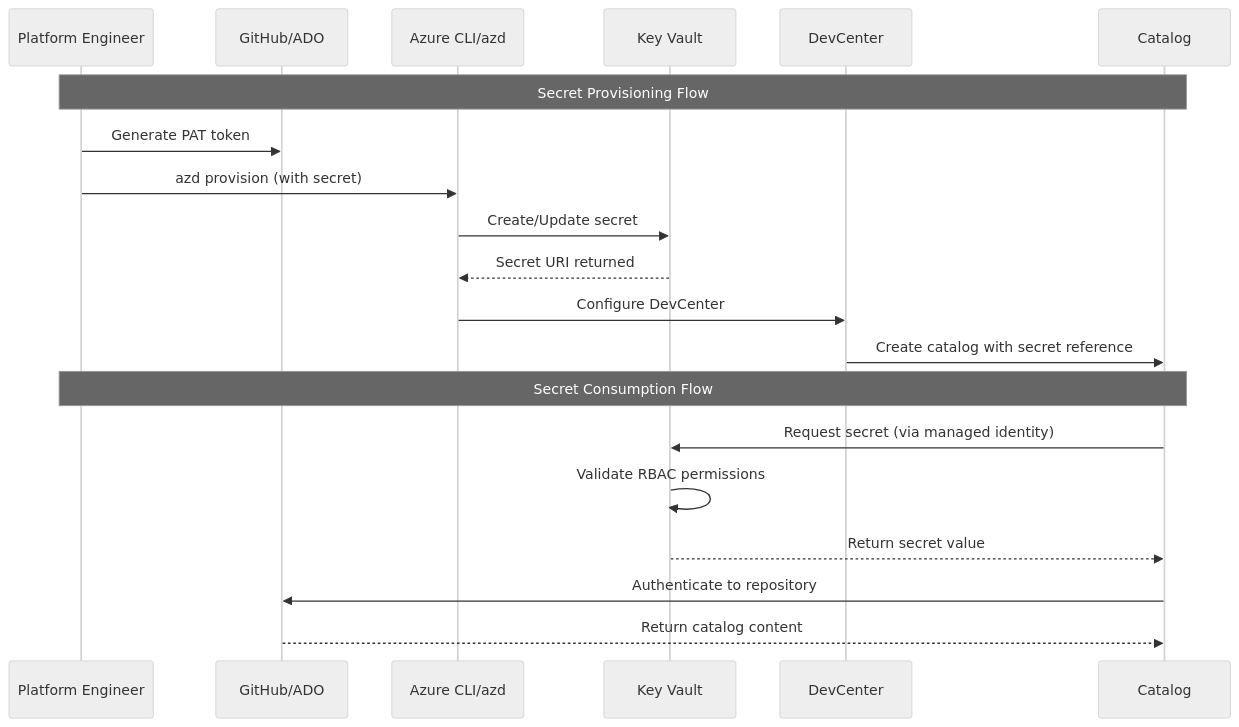
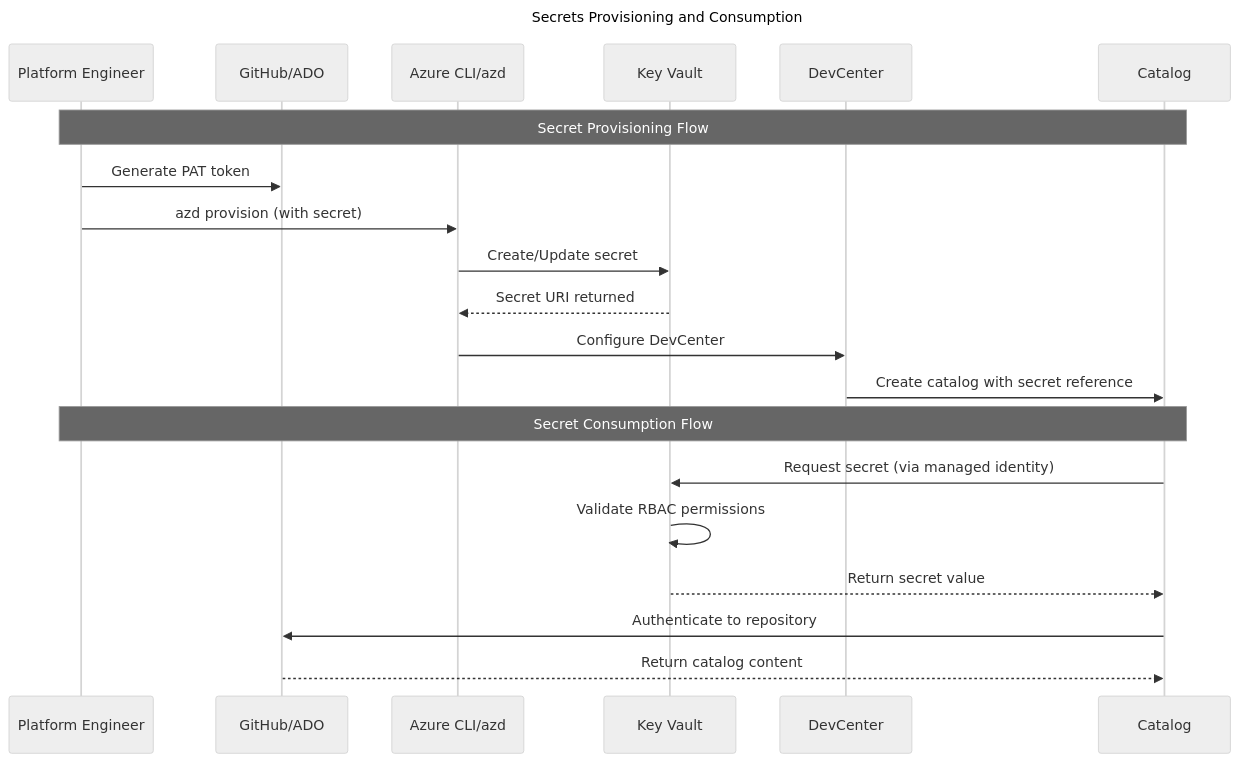
Before and after one commit to Evilazaro/DevExp-DevBox: the fifth of 13 diagrams in docs/architecture/02-data-architecture.md, drawn with Mermaid (neutral theme). The commit also changed other lines of this file, not shown here.

Commit message:
Refactor data architecture documentation to enhance clarity and detail in diagrams and relationships

````diff
--- a/docs/architecture/02-data-architecture.md
+++ b/docs/architecture/02-data-architecture.md
@@ -322,26 +334,32 @@
 ```mermaid
+---
+title: Secrets Provisioning and Consumption
+---
 sequenceDiagram
+    %% ===== PARTICIPANTS =====
     participant User as Platform Engineer
     participant GH as GitHub/ADO
     participant CLI as Azure CLI/azd
     participant KV as Key Vault
     participant DC as DevCenter
     participant Cat as Catalog
 
+    %% ===== PROVISIONING FLOW =====
     Note over User,Cat: Secret Provisioning Flow
 
     User->>GH: Generate PAT token
     User->>CLI: azd provision (with secret)
     CLI->>KV: Create/Update secret
     KV-->>CLI: Secret URI returned
     CLI->>DC: Configure DevCenter
     DC->>Cat: Create catalog with secret reference
 
+    %% ===== CONSUMPTION FLOW =====
     Note over User,Cat: Secret Consumption Flow
 
     Cat->>KV: Request secret (via managed identity)
     KV->>KV: Validate RBAC permissions
     KV-->>Cat: Return secret value
     Cat->>GH: Authenticate to repository
     GH-->>Cat: Return catalog content
 ```
````
